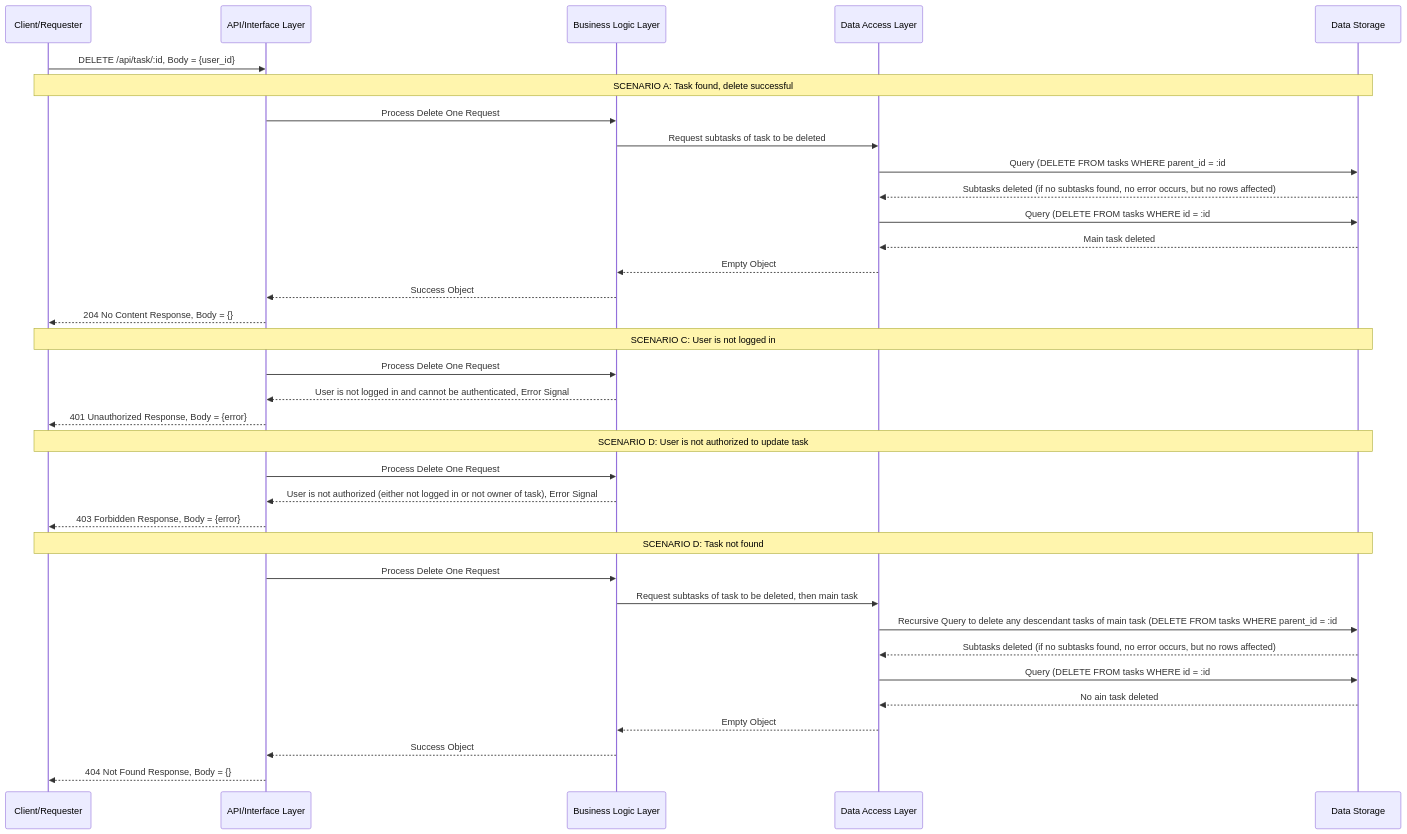
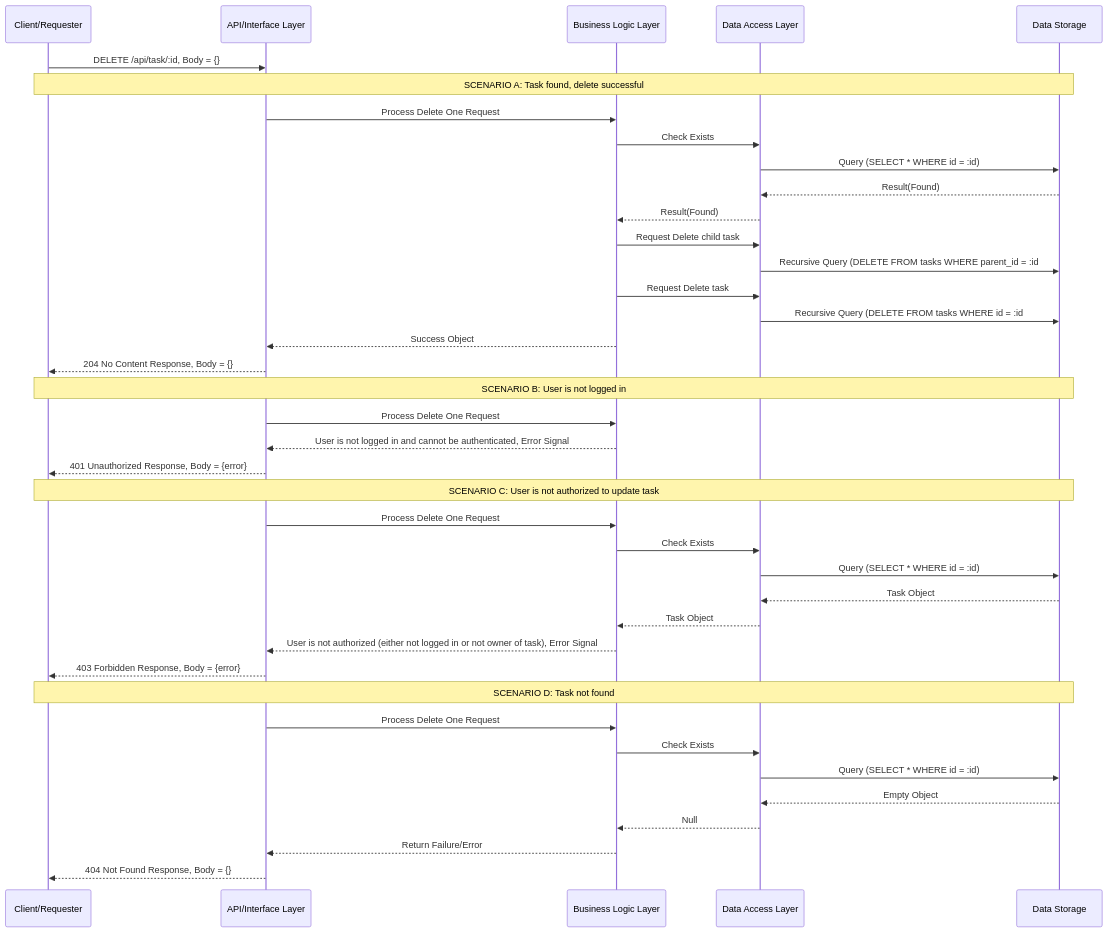
One commit to EricTrainingRev/260608-JFS changed the diagram in Phase_2/DELETE_task.md. Above: the diagram before and after it, drawn with Mermaid.

Commit message:
Update DELETE task flow and scenarios

````diff
--- a/Phase_2/DELETE_task.md
+++ b/Phase_2/DELETE_task.md
@@ -1,42 +1,46 @@
 ```mermaid
 sequenceDiagram
     participant Requester as Client/Requester
     participant API as API/Interface Layer
     participant Logic as Business Logic Layer
     participant DataAccess as Data Access Layer
     participant Storage as Data Storage
 
-    Requester->>API: DELETE /api/task/:id, Body = {user_id}
+    Requester->>API: DELETE /api/task/:id, Body = {}
 
     Note over Requester,Storage: SCENARIO A: Task found, delete successful
     API->>Logic: Process Delete One Request
-    Logic->>DataAccess: Request subtasks of task to be deleted
-    DataAccess->>Storage: Query (DELETE FROM tasks WHERE parent_id = :id;)
-    Storage-->>DataAccess: Subtasks deleted (if no subtasks found, no error occurs, but no rows affected)
-    DataAccess->>Storage: Query (DELETE FROM tasks WHERE id = :id;)
-    Storage-->>DataAccess: Main task deleted
-    DataAccess-->>Logic: Empty Object
+    Logic->>DataAccess: Check Exists
+    DataAccess->>Storage: Query (SELECT * WHERE id = :id)
+    Storage-->>DataAccess: Result(Found)
+    DataAccess-->>Logic: Result(Found)
+    Logic->>DataAccess: Request Delete child task
+    DataAccess->>Storage: Recursive Query (DELETE FROM tasks WHERE parent_id = :id;)
+    Logic->>DataAccess: Request Delete task
+    DataAccess->>Storage: Recursive Query (DELETE FROM tasks WHERE id = :id;)
     Logic-->>API: Success Object
     API-->>Requester: 204 No Content Response, Body = {}
 
-    Note over Requester,Storage: SCENARIO C: User is not logged in
+    Note over Requester,Storage: SCENARIO B: User is not logged in
     API->>Logic: Process Delete One Request
     Logic-->>API: User is not logged in and cannot be authenticated, Error Signal
     API-->>Requester: 401 Unauthorized Response, Body = {error}
 
-    Note over Requester,Storage: SCENARIO D: User is not authorized to update task
+    Note over Requester,Storage: SCENARIO C: User is not authorized to update task
     API->>Logic: Process Delete One Request
+    Logic->>DataAccess: Check Exists
+    DataAccess->>Storage: Query (SELECT * WHERE id = :id)
+    Storage-->>DataAccess: Task Object
+    DataAccess-->>Logic: Task Object
     Logic-->>API: User is not authorized (either not logged in or not owner of task), Error Signal
     API-->>Requester: 403 Forbidden Response, Body = {error}
 
     Note over Requester,Storage: SCENARIO D: Task not found
     API->>Logic: Process Delete One Request
-    Logic->>DataAccess: Request subtasks of task to be deleted, then main task
-    DataAccess->>Storage: Recursive Query to delete any descendant tasks of main task (DELETE FROM tasks WHERE parent_id = :id;)
-    Storage-->>DataAccess: Subtasks deleted (if no subtasks found, no error occurs, but no rows affected)
-    DataAccess->>Storage: Query (DELETE FROM tasks WHERE id = :id;)
-    Storage-->>DataAccess: No ain task deleted
-    DataAccess-->>Logic: Empty Object
-    Logic-->>API: Success Object
+    Logic->>DataAccess: Check Exists
+    DataAccess->>Storage: Query (SELECT * WHERE id = :id)
+    Storage-->>DataAccess: Empty Object
+    DataAccess-->>Logic: Null
+    Logic-->>API: Return Failure/Error
     API-->>Requester: 404 Not Found Response, Body = {}
 ```
````
